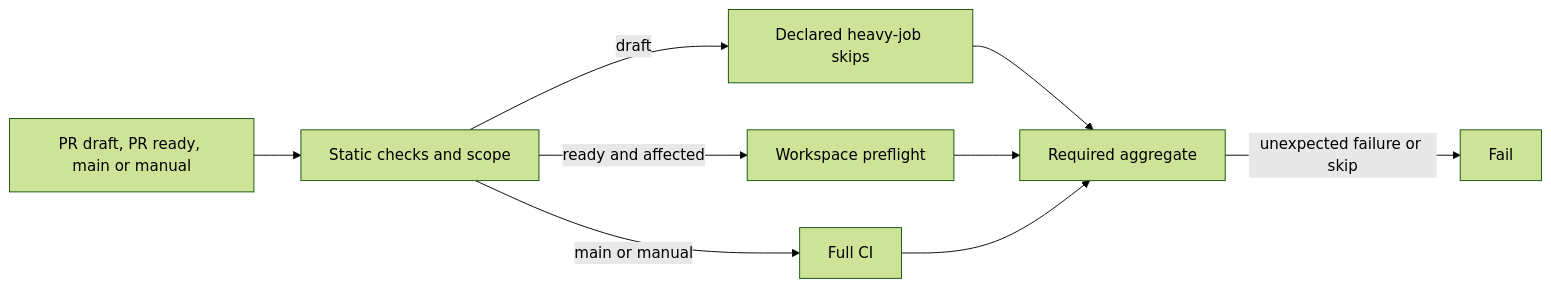
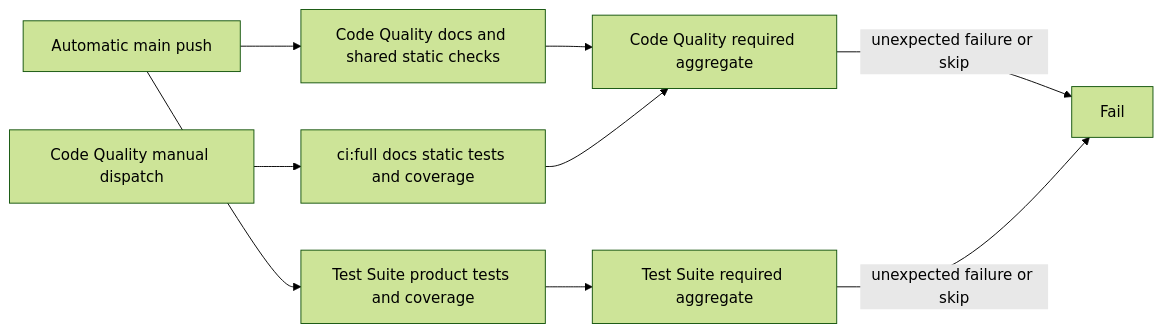
One commit to dunay2/dvt changed the third of 11 diagrams in docs/architecture/components/ci-governance/ci-delivery-governance-component.md. Above: the diagram before and after it, drawn with Mermaid (forest theme). The commit also changed other lines of this file and 424 other files, not shown here.

````diff
--- a/docs/architecture/components/ci-governance/ci-delivery-governance-component.md
+++ b/docs/architecture/components/ci-governance/ci-delivery-governance-component.md
@@ -159,11 +189,11 @@
 ```mermaid
 flowchart LR
-  Event[PR draft, PR ready, main or manual] --> Static[Static checks and scope]
-  Static -->|draft| Skip[Declared heavy-job skips]
-  Static -->|ready and affected| Preflight[Workspace preflight]
-  Static -->|main or manual| Full[Full CI]
-  Skip --> Aggregate[Required aggregate]
-  Preflight --> Aggregate
+  Main[Automatic main push] --> Static[Code Quality docs and shared static checks]
+  Main --> Tests[Test Suite product tests and coverage]
+  Manual[Code Quality manual dispatch] --> Full[ci:full docs static tests and coverage]
+  Static --> Aggregate[Code Quality required aggregate]
   Full --> Aggregate
+  Tests --> TestAggregate[Test Suite required aggregate]
   Aggregate -->|unexpected failure or skip| Reject[Fail]
+  TestAggregate -->|unexpected failure or skip| Reject
 ```
````
